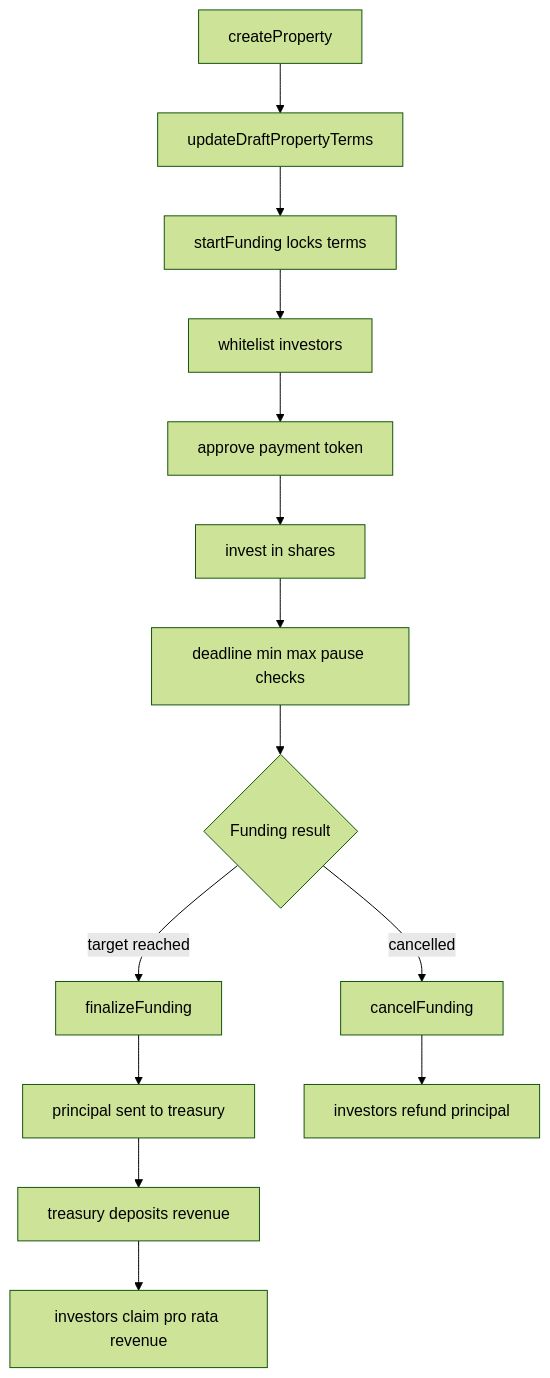
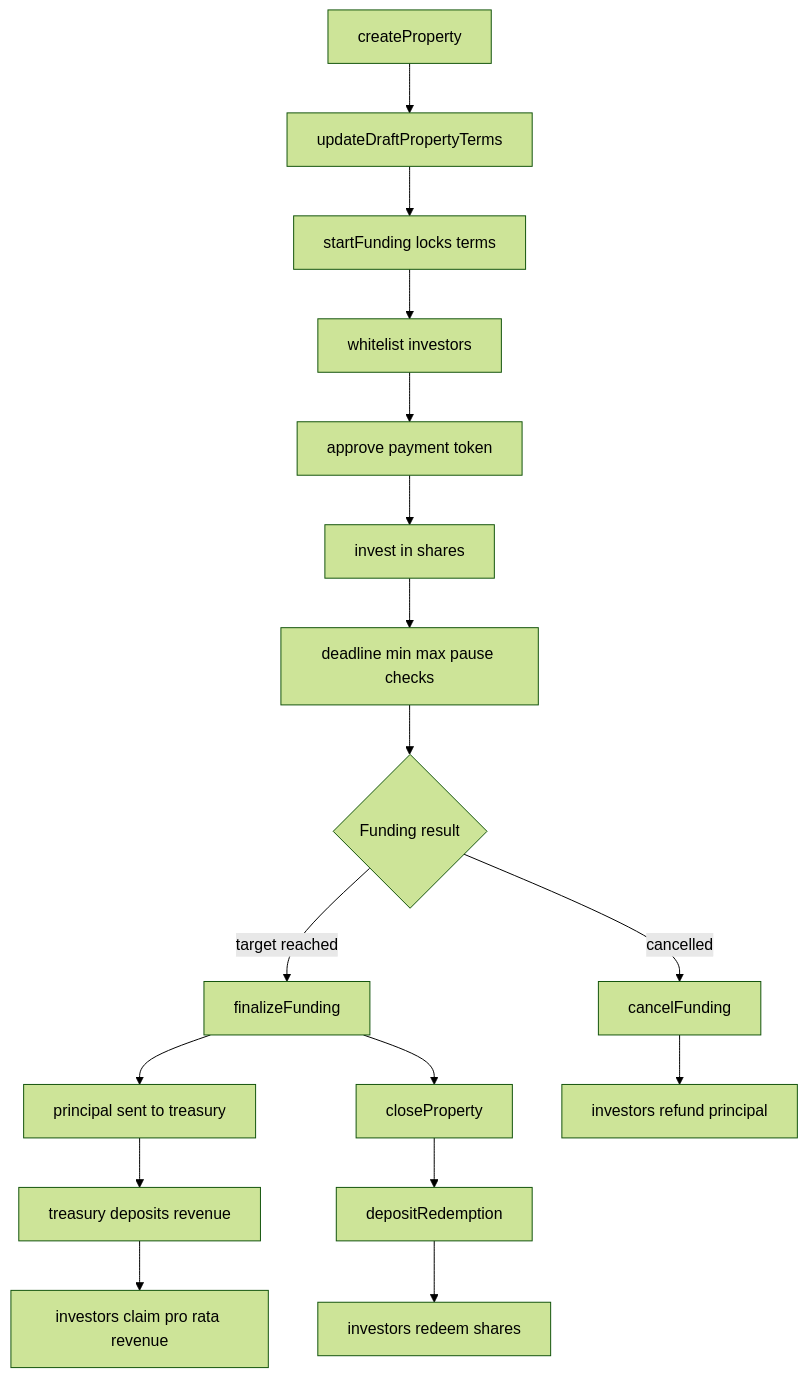
The fourth of 4 diagrams in README.md (huichain/royalcity-contracts), drawn with Mermaid (forest theme) before and after one commit. The commit also changed other lines of this file and 5 other files, not shown here.

First line of the commit message:
Add Closed-property redemption pool and redeem flow.

````diff
--- a/README.md
+++ b/README.md
@@ -225,16 +229,19 @@
 ```mermaid
 flowchart TD
   Create["createProperty"] --> DraftUpdate["updateDraftPropertyTerms"]
   DraftUpdate --> Start["startFunding locks terms"]
   Start --> Whitelist["whitelist investors"]
   Whitelist --> Approve["approve payment token"]
   Approve --> Invest["invest in shares"]
   Invest --> Guards["deadline min max pause checks"]
   Guards --> Decision{"Funding result"}
   Decision -->|"target reached"| Finalize["finalizeFunding"]
   Decision -->|"cancelled"| Cancel["cancelFunding"]
   Finalize --> Principal["principal sent to treasury"]
   Principal --> Revenue["treasury deposits revenue"]
   Revenue --> Claim["investors claim pro rata revenue"]
+  Finalize --> Close["closeProperty"]
+  Close --> RedeemDeposit["depositRedemption"]
+  RedeemDeposit --> Redeem["investors redeem shares"]
   Cancel --> Refund["investors refund principal"]
 ```
````
